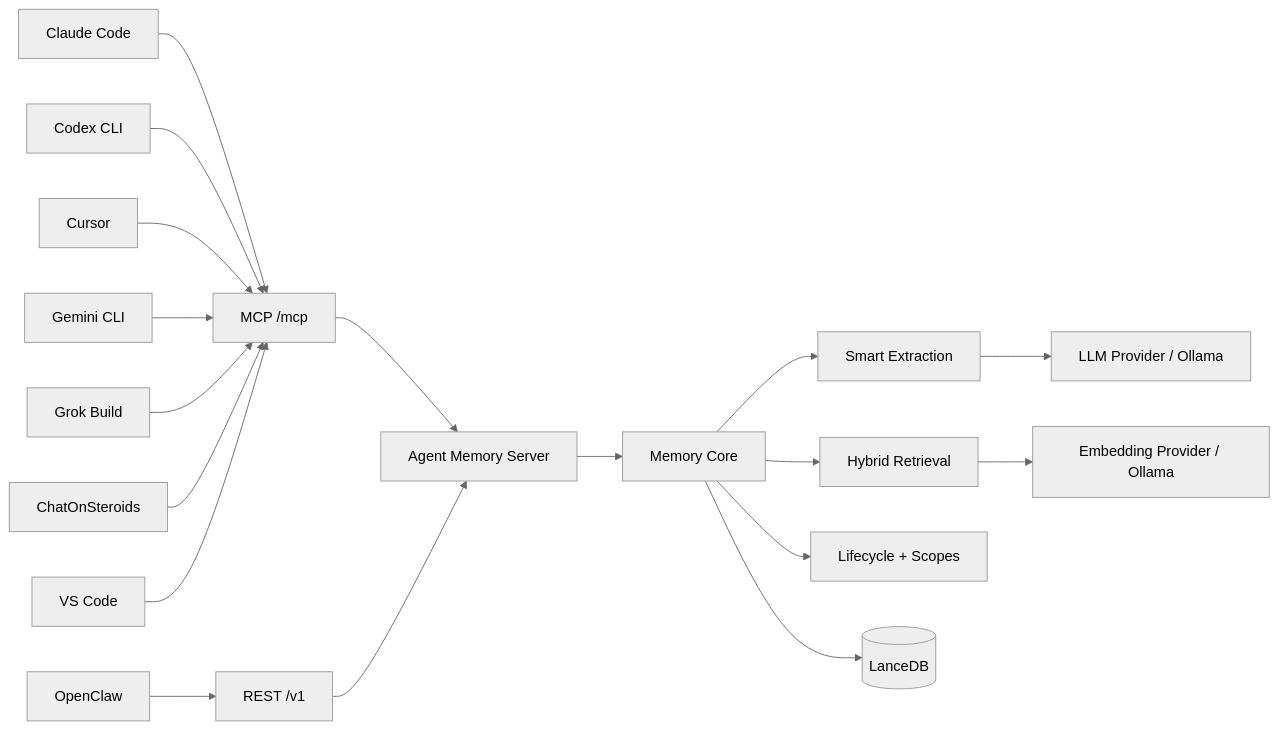
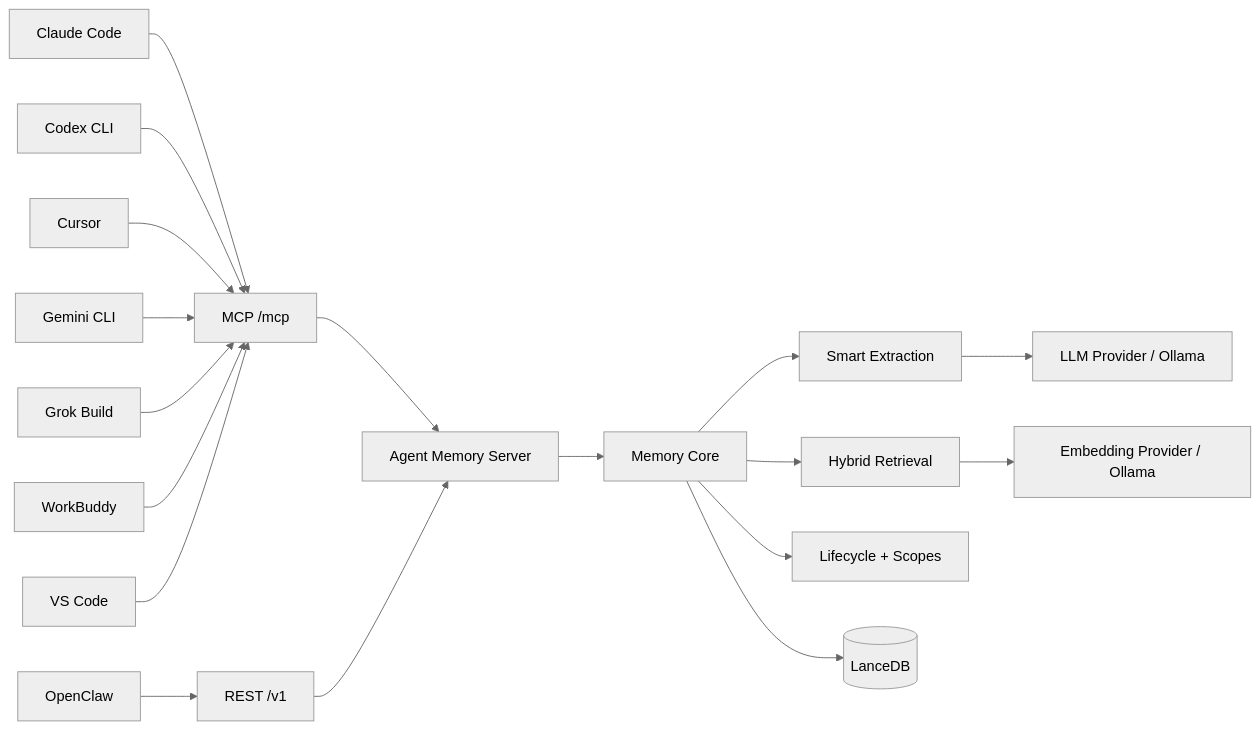
Before and after one commit to Masikomoore/agent-memory: the diagram in README.md, drawn with Mermaid (neutral theme). The commit also changed other lines of this file and 8 other files, not shown here.

````diff
--- a/README.md
+++ b/README.md
@@ -103,21 +110,21 @@
 ```mermaid
 flowchart LR
     CC[Claude Code] --> MCP[MCP /mcp]
     CX[Codex CLI] --> MCP
     CU[Cursor] --> MCP
     GM[Gemini CLI] --> MCP
     GR[Grok Build] --> MCP
-    CS[ChatOnSteroids] --> MCP
+    WB[WorkBuddy] --> MCP
     VS[VS Code] --> MCP
     OC[OpenClaw] --> REST[REST /v1]
 
     MCP --> S[Agent Memory Server]
     REST --> S
     S --> C[Memory Core]
     C --> EX[Smart Extraction]
     C --> RT[Hybrid Retrieval]
     C --> LC[Lifecycle + Scopes]
     C --> DB[(LanceDB)]
     EX --> LLM[LLM Provider / Ollama]
     RT --> EMB[Embedding Provider / Ollama]
 ```
````
